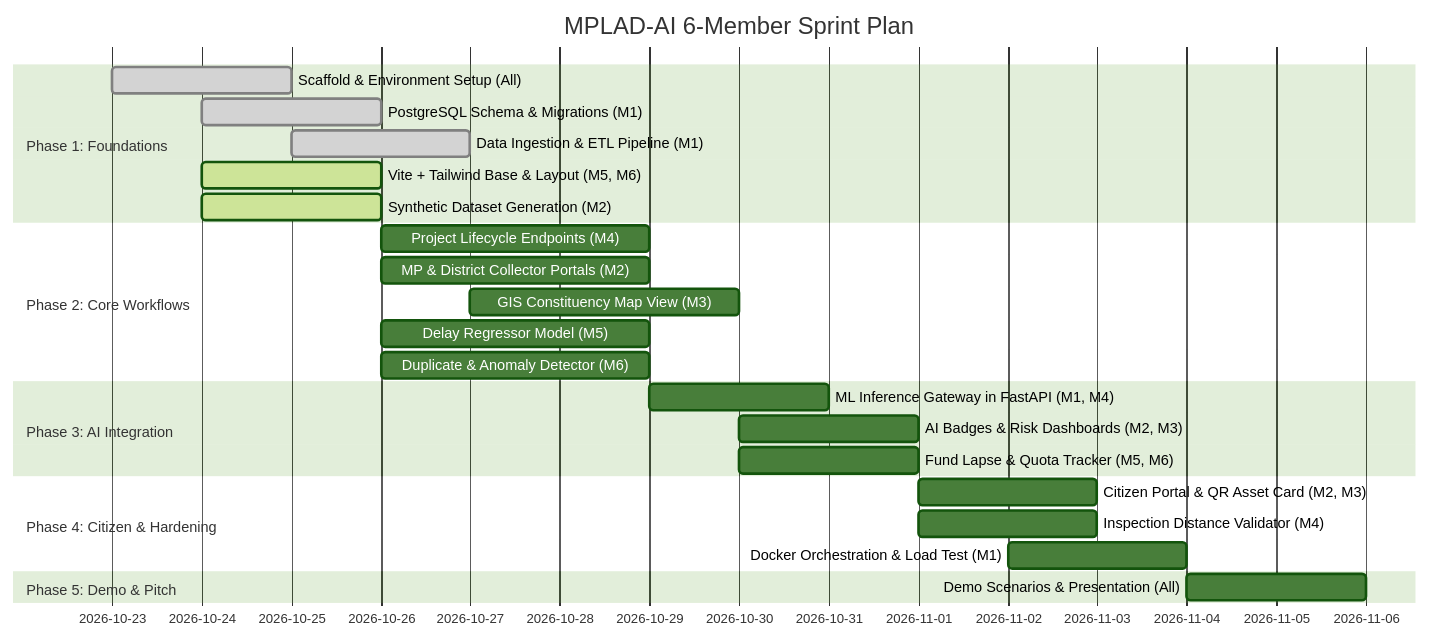
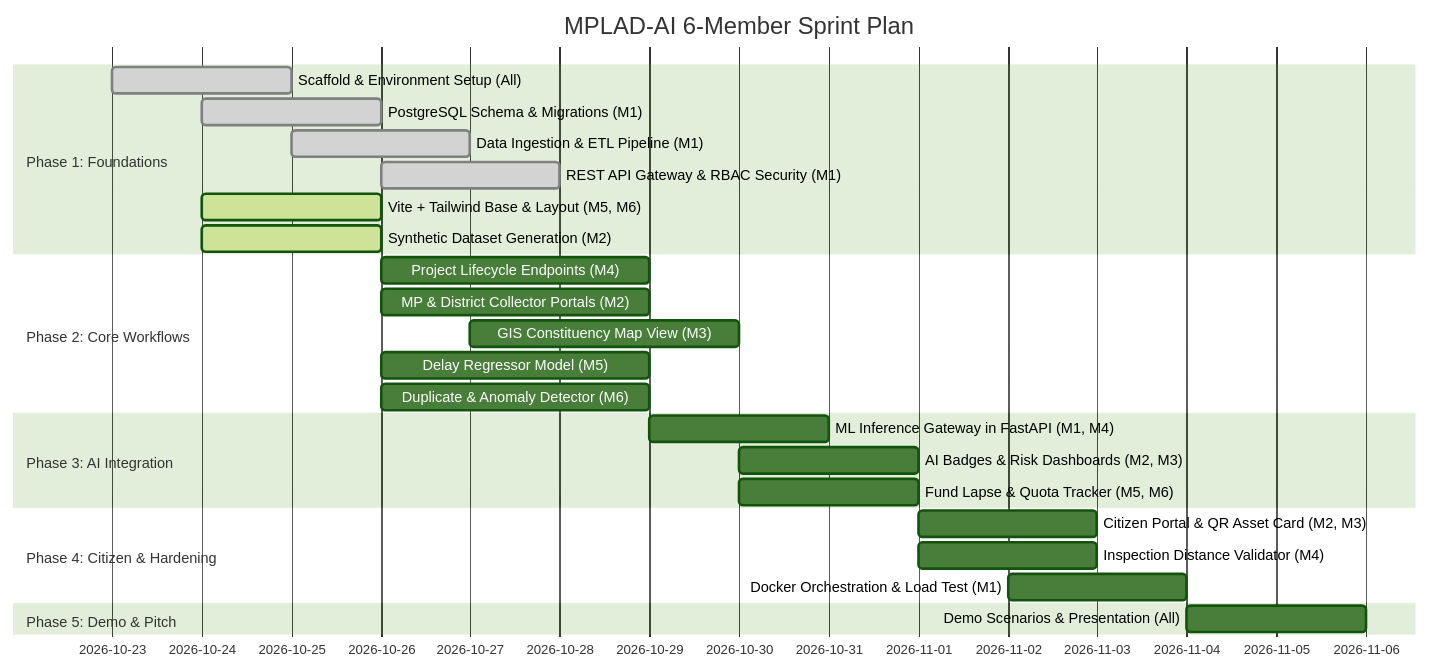
The diagram in docs/PHASED_PLAN.md (ManasPatel0/MPLAD-AI), drawn with Mermaid (forest theme) before and after one commit. The commit also changed 19 other files, not shown here.

Commit message:
feat(gateway): implement Subtask 1.4 REST API gateway, JWT auth & RBAC security

````diff
--- a/docs/PHASED_PLAN.md
+++ b/docs/PHASED_PLAN.md
@@ -23,27 +23,28 @@
 ```mermaid
 gantt
     title MPLAD-AI 6-Member Sprint Plan
     dateFormat  YYYY-MM-DD
     section Phase 1: Foundations
     Scaffold & Environment Setup (All)      :done,    p1_1, 2026-10-23, 2d
     PostgreSQL Schema & Migrations (M1)     :done,    p1_2, 2026-10-24, 2d
     Data Ingestion & ETL Pipeline (M1)      :done,    p1_2b, 2026-10-25, 2d
+    REST API Gateway & RBAC Security (M1)   :done,    p1_2c, 2026-10-26, 2d
     Vite + Tailwind Base & Layout (M5, M6)  :active,  p1_3, 2026-10-24, 2d
     Synthetic Dataset Generation (M2)       :active,  p1_4, 2026-10-24, 2d
     section Phase 2: Core Workflows
     Project Lifecycle Endpoints (M4)        :         p2_1, 2026-10-26, 3d
     MP & District Collector Portals (M2)    :         p2_2, 2026-10-26, 3d
     GIS Constituency Map View (M3)          :         p2_3, 2026-10-27, 3d
     Delay Regressor Model (M5)              :         p2_4, 2026-10-26, 3d
     Duplicate & Anomaly Detector (M6)       :         p2_5, 2026-10-26, 3d
     section Phase 3: AI Integration
     ML Inference Gateway in FastAPI (M1, M4):         p3_1, 2026-10-29, 2d
     AI Badges & Risk Dashboards (M2, M3)    :         p3_2, 2026-10-30, 2d
     Fund Lapse & Quota Tracker (M5, M6)     :         p3_3, 2026-10-30, 2d
     section Phase 4: Citizen & Hardening
     Citizen Portal & QR Asset Card (M2, M3) :         p4_1, 2026-11-01, 2d
     Inspection Distance Validator (M4)      :         p4_2, 2026-11-01, 2d
     Docker Orchestration & Load Test (M1)   :         p4_3, 2026-11-02, 2d
     section Phase 5: Demo & Pitch
     Demo Scenarios & Presentation (All)     :         p5_1, 2026-11-04, 2d
 ```
````
